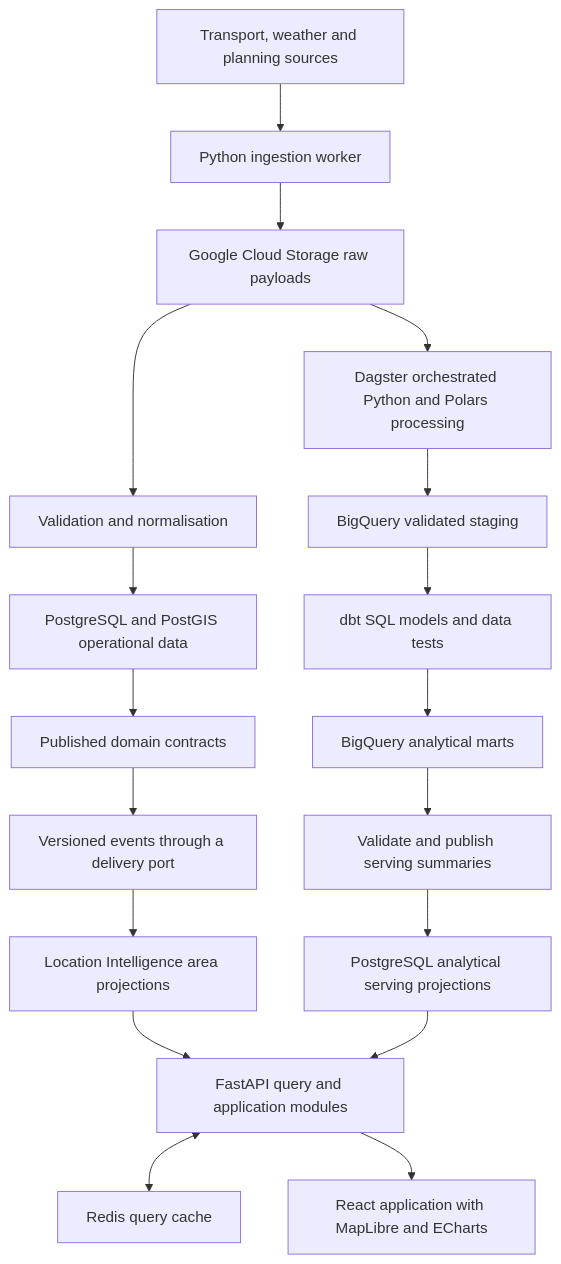
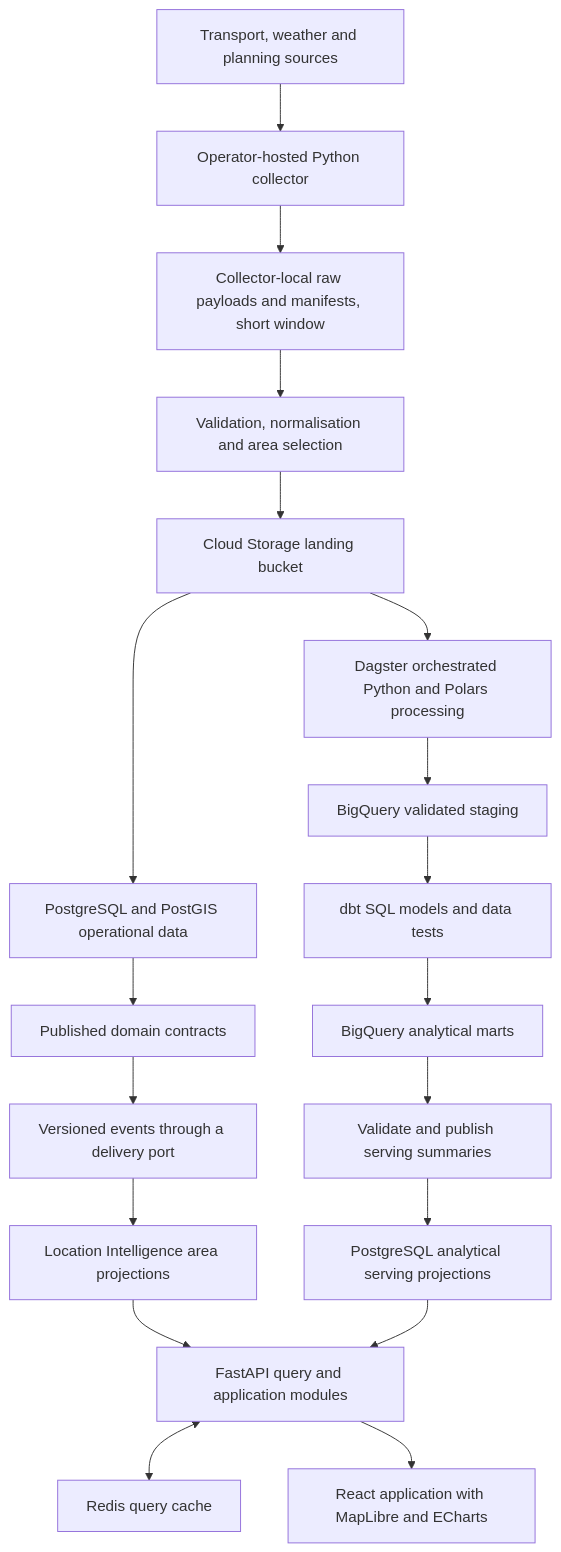
The diagram in project_brief.md (maxtsec/urban-pulse-au), drawn with Mermaid before and after one commit. The commit also changed other lines of this file and 3 other files, not shown here.

First line of the commit message:
docs: define upload confirmation and sync brief with local raw storage

````diff
--- a/project_brief.md
+++ b/project_brief.md
@@ -90,20 +90,21 @@
 ```mermaid
 flowchart TD
-    Sources[Transport, weather and planning sources] --> Worker[Python ingestion worker]
-    Worker --> Raw[Google Cloud Storage raw payloads]
-    Raw --> Normalise[Validation and normalisation]
-    Normalise --> Operational[PostgreSQL and PostGIS operational data]
-    Raw --> Pipeline[Dagster orchestrated Python and Polars processing]
+    Sources[Transport, weather and planning sources] --> Worker[Operator-hosted Python collector]
+    Worker --> Raw[Collector-local raw payloads and manifests, short window]
+    Raw --> Normalise[Validation, normalisation and area selection]
+    Normalise --> Landing[Cloud Storage landing bucket]
+    Landing --> Operational[PostgreSQL and PostGIS operational data]
+    Landing --> Pipeline[Dagster orchestrated Python and Polars processing]
     Pipeline --> Staging[BigQuery validated staging]
     Staging --> Models[dbt SQL models and data tests]
     Models --> Analytics[BigQuery analytical marts]
     Operational --> Domains[Published domain contracts]
     Domains --> Events[Versioned events through a delivery port]
     Events --> Area[Location Intelligence area projections]
     Area --> API[FastAPI query and application modules]
     Analytics --> Publish[Validate and publish serving summaries]
     Publish --> Serving[PostgreSQL analytical serving projections]
     Serving --> API
     API <--> Redis[Redis query cache]
     API --> UI[React application with MapLibre and ECharts]
 ```
````
